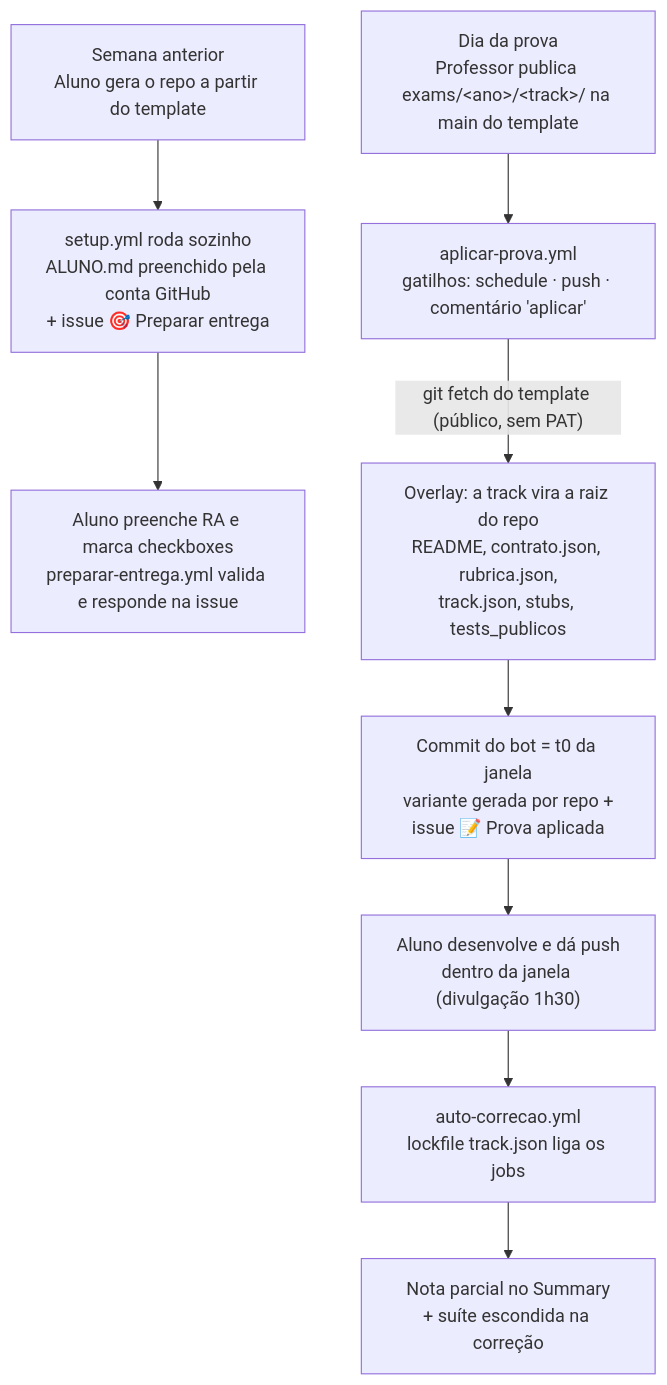
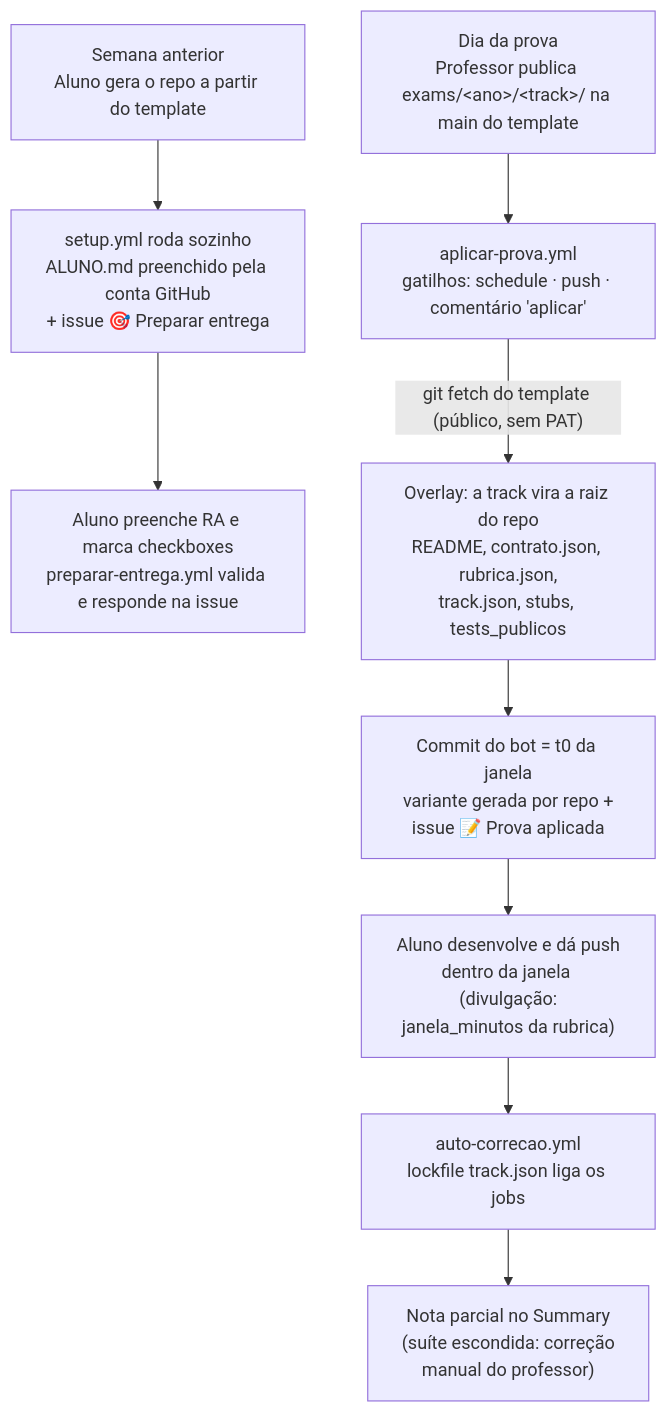
One commit to endersonmenezes/exam-escola-ti changed the diagram in README.md. Above: the diagram before and after it, drawn with Mermaid. The commit also changed other lines of this file and 25 other files, not shown here.

````diff
--- a/README.md
+++ b/README.md
@@ -43,11 +47,11 @@
 ```mermaid
 flowchart TD
     A["Semana anterior<br/>Aluno gera o repo a partir do template"] --> B["setup.yml roda sozinho<br/>ALUNO.md preenchido pela conta GitHub<br/>+ issue 🎯 Preparar entrega"]
     B --> C["Aluno preenche RA e marca checkboxes<br/>preparar-entrega.yml valida e responde na issue"]
     D["Dia da prova<br/>Professor publica exams/&lt;ano&gt;/&lt;track&gt;/ na main do template"] --> E["aplicar-prova.yml<br/>gatilhos: schedule · push · comentário 'aplicar'"]
     E -->|"git fetch do template (público, sem PAT)"| F["Overlay: a track vira a raiz do repo<br/>README, contrato.json, rubrica.json,<br/>track.json, stubs, tests_publicos"]
     F --> G["Commit do bot = t0 da janela<br/>variante gerada por repo +<br/>issue 📝 Prova aplicada"]
-    G --> H["Aluno desenvolve e dá push<br/>dentro da janela (divulgação 1h30)"]
+    G --> H["Aluno desenvolve e dá push<br/>dentro da janela (divulgação:<br/>janela_minutos da rubrica)"]
     H --> I["auto-correcao.yml<br/>lockfile track.json liga os jobs"]
-    I --> J["Nota parcial no Summary<br/>+ suíte escondida na correção"]
+    I --> J["Nota parcial no Summary<br/>(suíte escondida: correção<br/>manual do professor)"]
 ```
````
